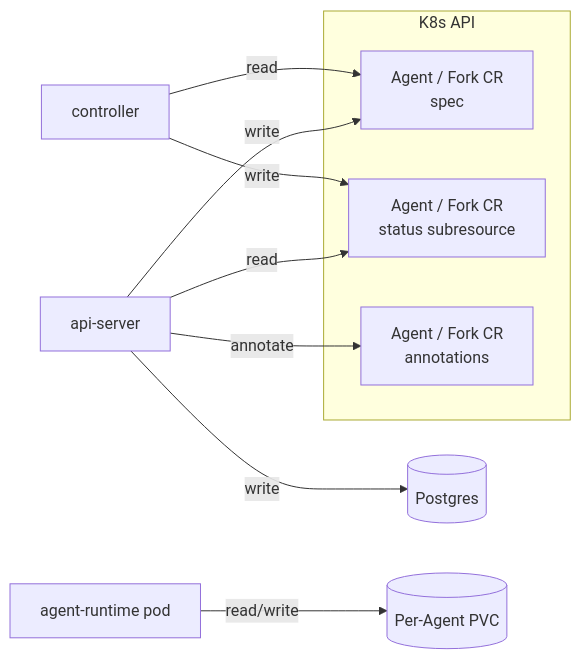
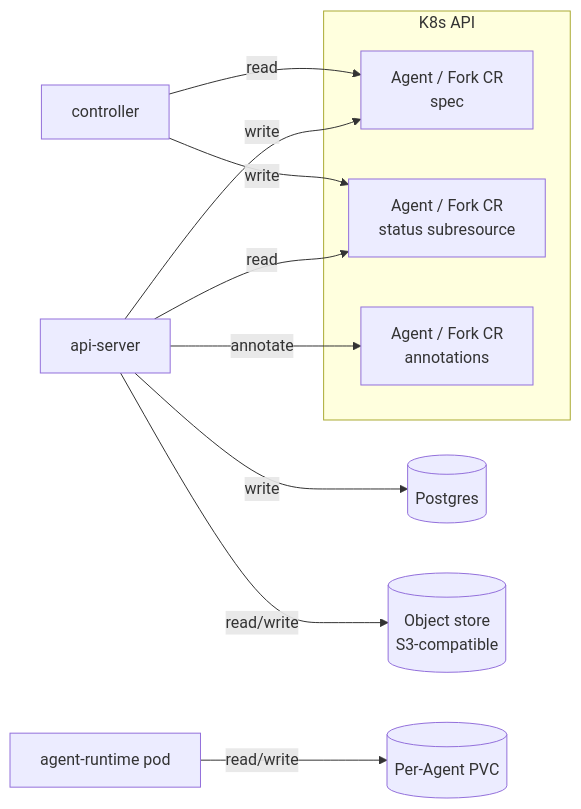
The diagram in docs/architecture/persistence.md (dam-agents/dam), drawn with Mermaid before and after one commit. The commit also changed other lines of this file and 47 other files, not shown here.

First line of the commit message:
feat(experiments): store candidate artifacts in an S3-compatible object store with direct transfer

````diff
--- a/docs/architecture/persistence.md
+++ b/docs/architecture/persistence.md
@@ -26,26 +27,28 @@
 ```mermaid
 flowchart LR
   api-server[api-server]
   controller[controller]
   agent-runtime[agent-runtime pod]
 
   postgres[(Postgres)]
+  objectstore[(Object store<br/>S3-compatible)]
 
   subgraph k8s[K8s API]
     cr-spec[Agent / Fork CR<br/>spec]
     cr-status[Agent / Fork CR<br/>status subresource]
     cr-anno[Agent / Fork CR<br/>annotations]
   end
 
   pvc[(Per-Agent PVC)]
 
   api-server -->|write| postgres
+  api-server -->|read/write| objectstore
   api-server -->|write| cr-spec
   api-server -->|read| cr-status
   api-server -->|annotate| cr-anno
 
   controller -->|write| cr-status
   controller -->|read| cr-spec
 
   agent-runtime -->|read/write| pvc
 ```
````
